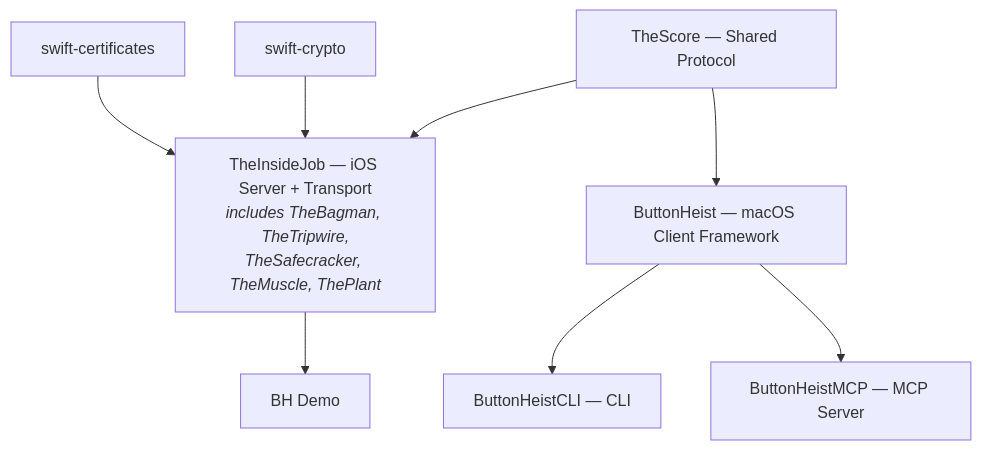
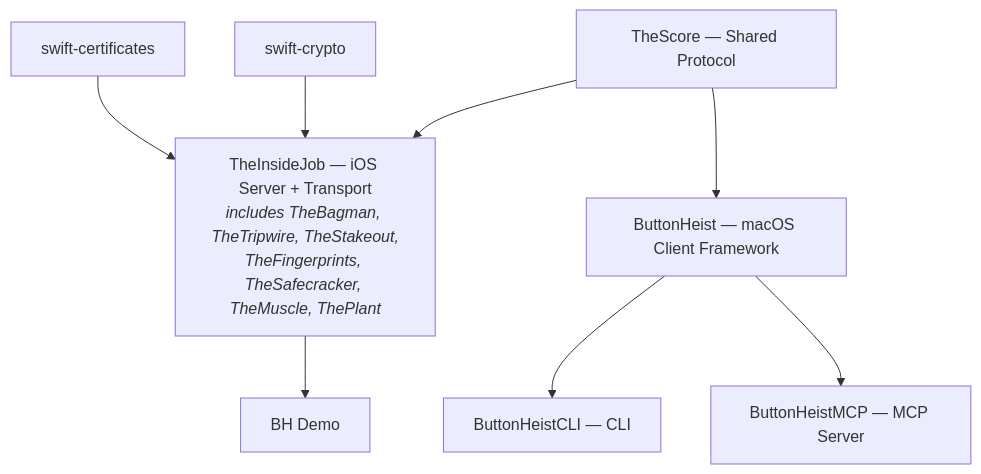
Before and after one commit to RoyalPineapple/TheButtonHeist: the first of 2 diagrams in docs/dossiers/00-OVERVIEW.md, drawn with Mermaid. The commit also changed 17 other files, not shown here.

````diff
--- a/docs/dossiers/00-OVERVIEW.md
+++ b/docs/dossiers/00-OVERVIEW.md
@@ -42,20 +42,20 @@
 ```mermaid
 graph TD
     TheScore["TheScore — Shared Protocol"]
-    TheInsideJob["TheInsideJob — iOS Server + Transport<br/><i>includes TheBagman, TheTripwire,<br/>TheSafecracker, TheMuscle, ThePlant</i>"]
+    TheInsideJob["TheInsideJob — iOS Server + Transport<br/><i>includes TheBagman, TheTripwire, TheStakeout,<br/>TheFingerprints, TheSafecracker, TheMuscle, ThePlant</i>"]
     ButtonHeist["ButtonHeist — macOS Client Framework"]
     CLI["ButtonHeistCLI — CLI"]
     MCP["ButtonHeistMCP — MCP Server"]
     TestApp["BH Demo"]
 
     Crypto["swift-crypto"]
     X509["swift-certificates"]
 
     TheScore --> TheInsideJob
     Crypto --> TheInsideJob
     X509 --> TheInsideJob
     TheScore --> ButtonHeist
     ButtonHeist --> CLI
     ButtonHeist --> MCP
     TheInsideJob --> TestApp
 ```
````
